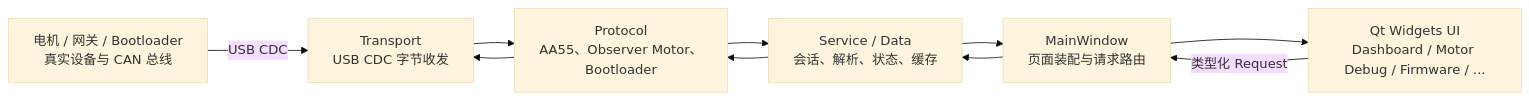
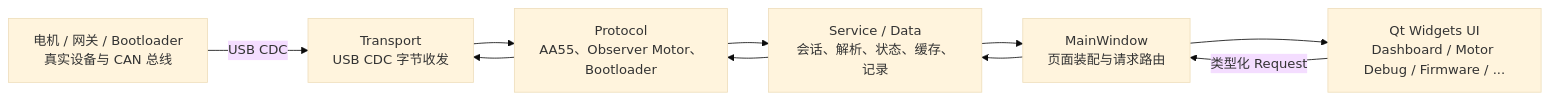
Before and after one commit to FlyFish0825/Underwater_GUI: the first of 8 diagrams in docs/architecture.md, drawn with Mermaid (base theme). The commit also changed other lines of this file and 12 other files, not shown here.

````diff
--- a/docs/architecture.md
+++ b/docs/architecture.md
@@ -10,12 +10,12 @@
 ```mermaid
 flowchart LR
     device[电机 / 网关 / Bootloader<br/>真实设备与 CAN 总线]
     transport[Transport<br/>USB CDC 字节收发]
     protocol[Protocol<br/>AA55、Observer Motor、Bootloader]
-    service[Service / Data<br/>会话、解析、状态、缓存]
+    service[Service / Data<br/>会话、解析、状态、缓存、记录]
     app[MainWindow<br/>页面装配与请求路由]
     ui[Qt Widgets UI<br/>Dashboard / Motor Debug / Firmware / ...]
 
     device -->|USB CDC| transport --> protocol --> service --> app --> ui
     ui -->|类型化 Request| app --> service --> protocol --> transport
 ```
````
